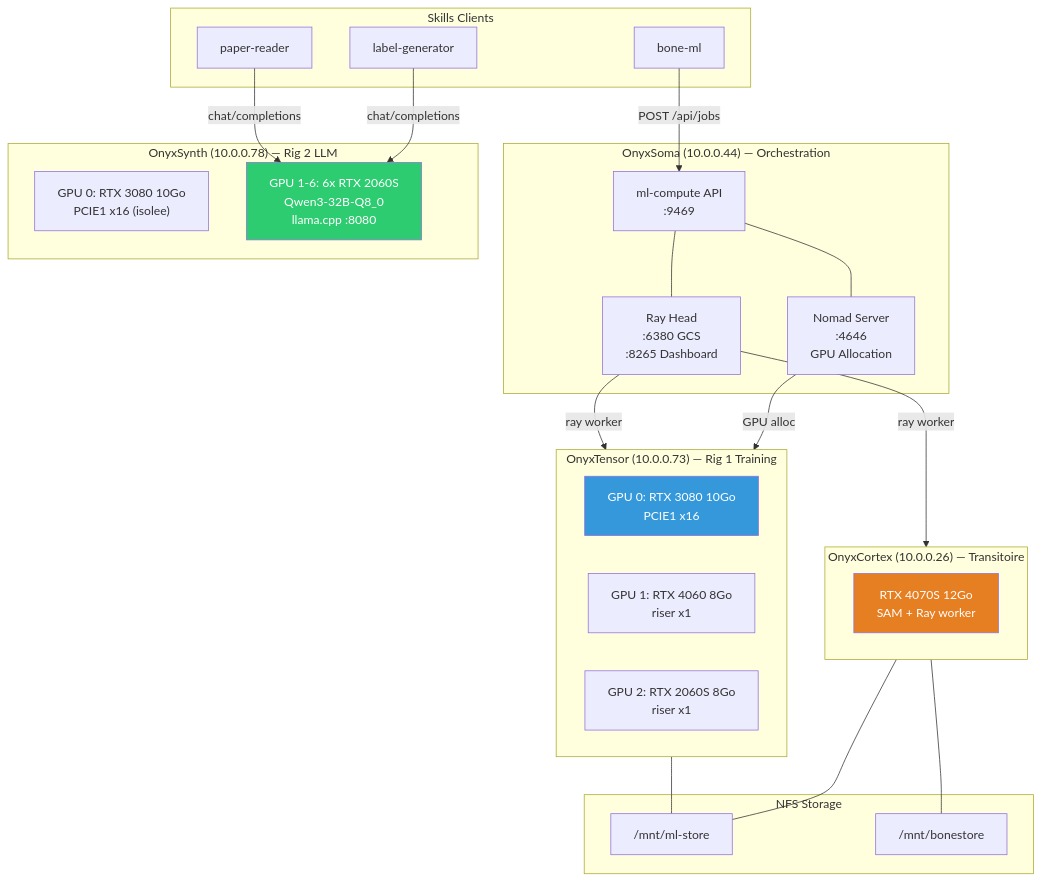
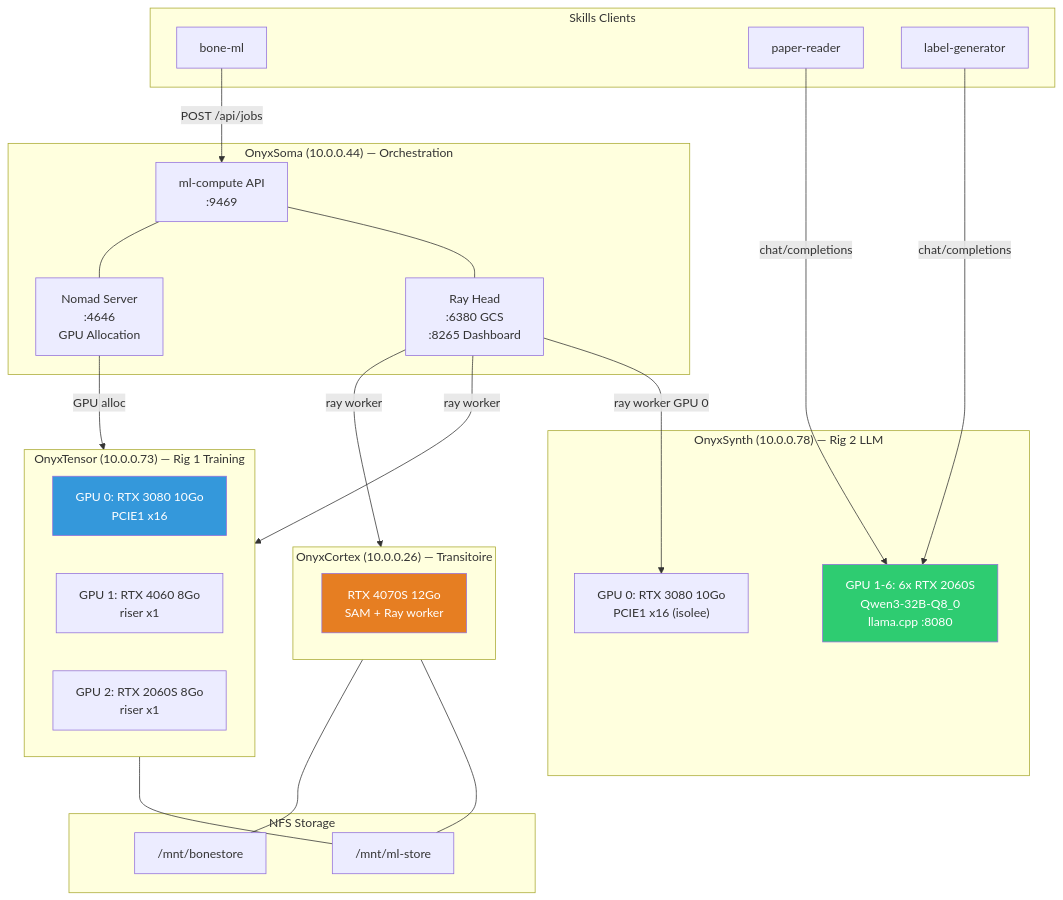
One commit to VersoVet/ml-compute changed the second of 6 diagrams in DIAGRAM.md. Above: the diagram before and after it, drawn with Mermaid. The commit also changed 2 other files, not shown here.

Commit message:
feat: add OnyxSynth GPU 0 (RTX 3080) to Ray cluster
GPU 0 of Synth is isolated from the LLM (CUDA_VISIBLE_DEVICES=0) and
available as a Ray worker for training overflow. GPU 1-6 remain
exclusively reserved for the Qwen3-32B-Q8_0 LLM server.

````diff
--- a/DIAGRAM.md
+++ b/DIAGRAM.md
@@ -40,52 +40,53 @@
 ```mermaid
 graph TB
     subgraph Soma["OnyxSoma (10.0.0.44) — Orchestration"]
         API["ml-compute API<br/>:9469"]
         RayHead["Ray Head<br/>:6380 GCS<br/>:8265 Dashboard"]
         NomadServer["Nomad Server<br/>:4646<br/>GPU Allocation"]
         API --- RayHead
         API --- NomadServer
     end
 
     subgraph Tensor["OnyxTensor (10.0.0.73) — Rig 1 Training"]
         T_3080["GPU 0: RTX 3080 10Go<br/>PCIE1 x16"]
         T_4060["GPU 1: RTX 4060 8Go<br/>riser x1"]
         T_2060["GPU 2: RTX 2060S 8Go<br/>riser x1"]
     end
 
     subgraph Synth["OnyxSynth (10.0.0.78) — Rig 2 LLM"]
         S_3080["GPU 0: RTX 3080 10Go<br/>PCIE1 x16 (isolee)"]
         S_LLM["GPU 1-6: 6x RTX 2060S<br/>Qwen3-32B-Q8_0<br/>llama.cpp :8080"]
     end
 
     subgraph Cortex["OnyxCortex (10.0.0.26) — Transitoire"]
         C_4070["RTX 4070S 12Go<br/>SAM + Ray worker"]
     end
 
     RayHead -->|ray worker| Tensor
+    RayHead -->|ray worker GPU 0| S_3080
     RayHead -->|ray worker| Cortex
     NomadServer -->|GPU alloc| Tensor
 
     subgraph Storage["NFS Storage"]
         MLStore["/mnt/ml-store"]
         BoneStore["/mnt/bonestore"]
     end
 
     Tensor --- MLStore
     Cortex --- MLStore
     Cortex --- BoneStore
 
     subgraph Clients["Skills Clients"]
         BoneML["bone-ml"]
         PaperReader["paper-reader"]
         LabelGen["label-generator"]
     end
 
     BoneML -->|POST /api/jobs| API
     PaperReader -->|chat/completions| S_LLM
     LabelGen -->|chat/completions| S_LLM
 
     style S_LLM fill:#2ecc71,color:#fff
     style T_3080 fill:#3498db,color:#fff
     style C_4070 fill:#e67e22,color:#fff
 ```
````
